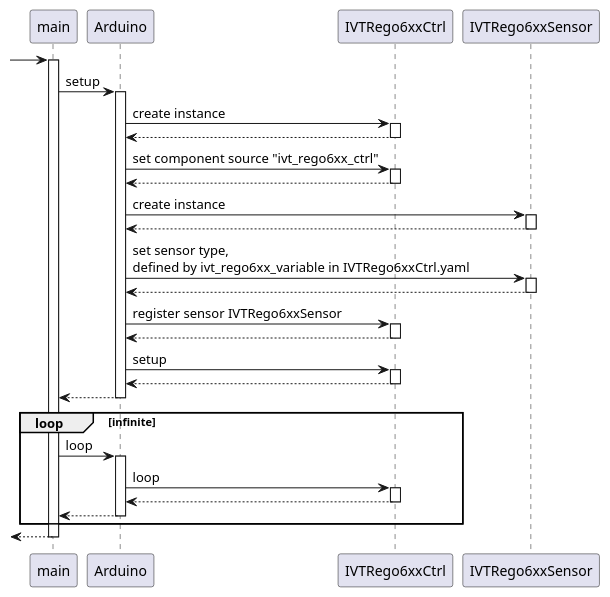
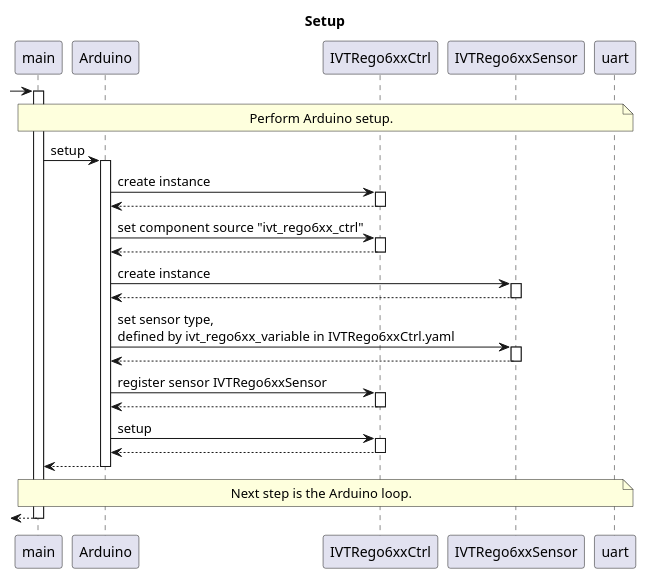
Before and after one commit to BlueAndi/IVTRego6xxControl: the diagram in doc/sw-architecture/setup.puml, drawn with PlantUML. The commit also changed 2 other files, not shown here.

Commit message:
SW-Architecture updated with loop.

```diff
--- a/doc/sw-architecture/setup.puml
+++ b/doc/sw-architecture/setup.puml
@@ -1,36 +1,39 @@
 @startuml setup
+
+title Setup
 
 participant "main" as main
 participant "Arduino" as arduino
 participant "IVTRego6xxCtrl" as ivtRego6xxCtrl
 participant "IVTRego6xxSensor" as ivtRego6xxSensor
 
 autoactivate on
 
 -> main
+
+    note over main,uart
+        Perform Arduino setup.
+    end note
 
     main -> arduino: setup
         arduino -> ivtRego6xxCtrl: create instance
         arduino <-- ivtRego6xxCtrl
         arduino -> ivtRego6xxCtrl: set component source "ivt_rego6xx_ctrl"
         arduino <-- ivtRego6xxCtrl
         arduino -> ivtRego6xxSensor: create instance
         arduino <-- ivtRego6xxSensor
         arduino -> ivtRego6xxSensor: set sensor type,\ndefined by ivt_rego6xx_variable in IVTRego6xxCtrl.yaml
         arduino <-- ivtRego6xxSensor
         arduino -> ivtRego6xxCtrl: register sensor IVTRego6xxSensor
         arduino <-- ivtRego6xxCtrl
         arduino -> ivtRego6xxCtrl: setup
         arduino <-- ivtRego6xxCtrl
     main <-- arduino
 
-    loop infinite
+    note over main,uart
+        Next step is the Arduino loop.
+    end note
 
-        main -> arduino: loop
-            arduino -> ivtRego6xxCtrl: loop
-            arduino <-- ivtRego6xxCtrl
-        main <-- arduino
-    end
 <-- main
 
 @enduml
```
